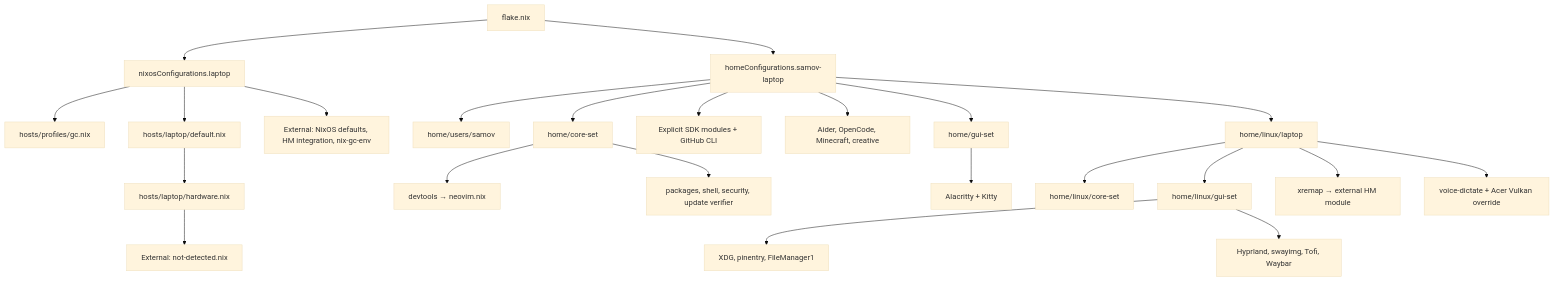
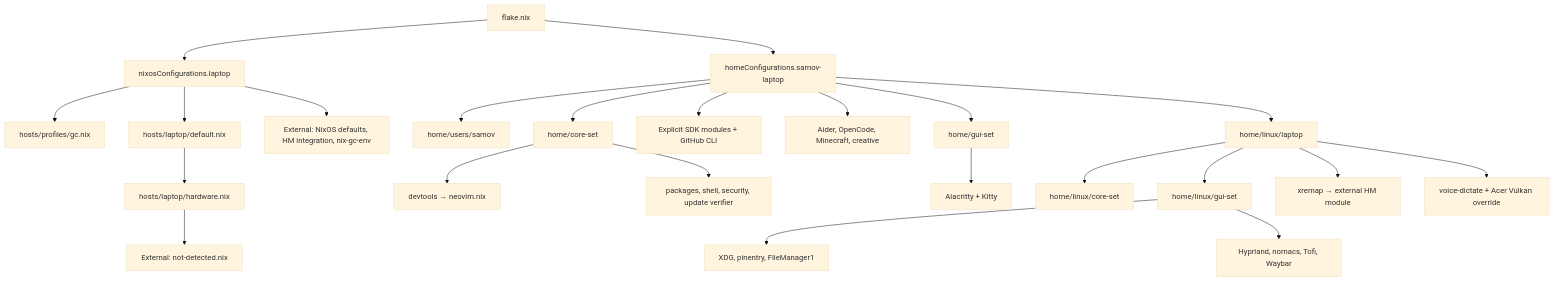
The diagram in docs/laptop-audit/modules.md (samov0619-prog/nix-config), drawn with Mermaid (base theme) before and after one commit. The commit also changed other lines of this file and 9 other files, not shown here.

````diff
--- a/docs/laptop-audit/modules.md
+++ b/docs/laptop-audit/modules.md
@@ -23,25 +23,25 @@
 ```mermaid
 flowchart TD
     F[flake.nix] --> N[nixosConfigurations.laptop]
     F --> H[homeConfigurations.samov-laptop]
     N --> GC[hosts/profiles/gc.nix]
     N --> HOST[hosts/laptop/default.nix]
     HOST --> HW[hosts/laptop/hardware.nix]
     N --> EXT[External: NixOS defaults, HM integration, nix-gc-env]
     HW --> ND[External: not-detected.nix]
     H --> USER[home/users/samov]
     H --> CORE[home/core-set]
     CORE --> DEV[devtools → neovim.nix]
     CORE --> CLI[packages, shell, security, update verifier]
     H --> SDK[Explicit SDK modules + GitHub CLI]
     H --> APPS[Aider, OpenCode, Minecraft, creative]
     H --> GUI[home/gui-set]
     GUI --> TERM[Alacritty + Kitty]
     H --> LEAF[home/linux/laptop]
     LEAF --> LCORE[home/linux/core-set]
     LEAF --> LGUI[home/linux/gui-set]
     LEAF --> XR[xremap → external HM module]
     LEAF --> VOICE[voice-dictate + Acer Vulkan override]
     LGUI --> INTEG[XDG, pinentry, FileManager1]
-    LGUI --> DESK[Hyprland, swayimg, Tofi, Waybar]
+    LGUI --> DESK[Hyprland, nomacs, Tofi, Waybar]
 ```
````
